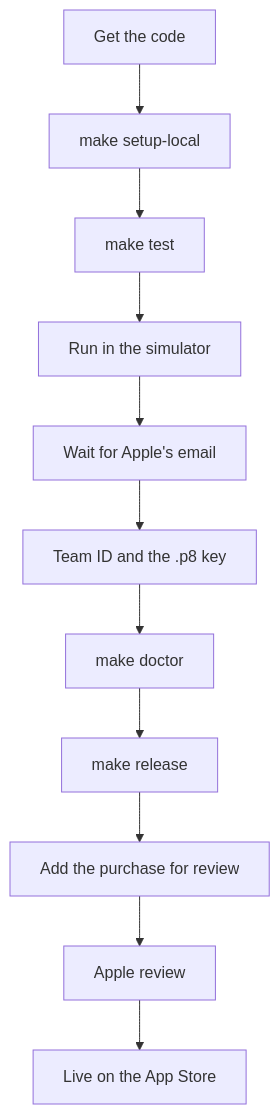
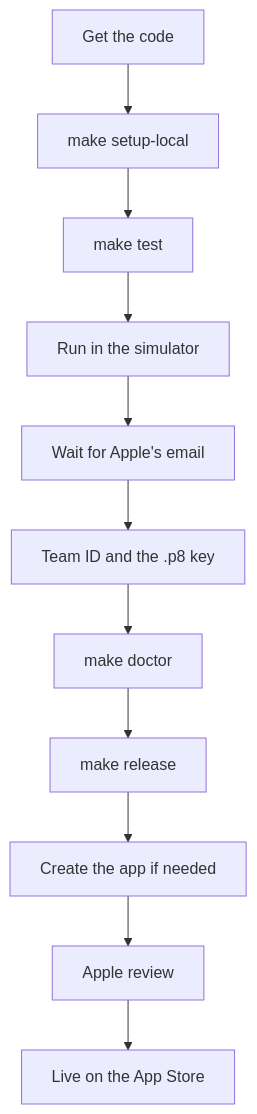
One commit to KrishnaDistributedcomputing/SoleCount changed the diagram in docs/START-HERE.md. Above: the diagram before and after it, drawn with Mermaid. The commit also changed other lines of this file and 16 other files, not shown here.

````diff
--- a/docs/START-HERE.md
+++ b/docs/START-HERE.md
@@ -11,13 +11,13 @@
 ```mermaid
 flowchart TD
   A[Get the code] --> B[make setup-local]
   B --> C[make test]
   C --> D[Run in the simulator]
   D --> E[Wait for Apple's email]
   E --> F[Team ID and the .p8 key]
   F --> G[make doctor]
   G --> H[make release]
-  H --> I[Add the purchase for review]
+  H --> I[Create the app if needed]
   I --> J[Apple review]
   J --> K[Live on the App Store]
 ```
````
